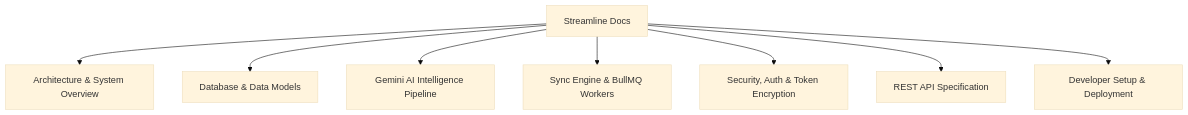
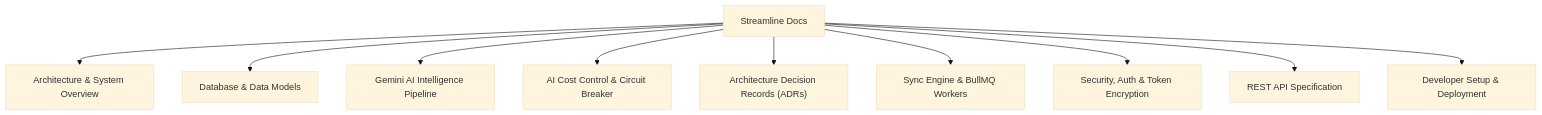
Before and after one commit to PiyushY111/Streamline: the diagram in docs/README.md, drawn with Mermaid (base theme). The commit also changed other lines of this file and 17 other files, not shown here.

Commit message:
feat(ai): add ADR suite, Gemini token & cost tracking, and circuit breaker

````diff
--- a/docs/README.md
+++ b/docs/README.md
@@ -9,10 +9,12 @@
 ```mermaid
 graph TD
     A["Streamline Docs"] --> B["Architecture & System Overview"]
     A --> C["Database & Data Models"]
     A --> D["Gemini AI Intelligence Pipeline"]
-    A --> E["Sync Engine & BullMQ Workers"]
-    A --> F["Security, Auth & Token Encryption"]
-    A --> G["REST API Specification"]
-    A --> H["Developer Setup & Deployment"]
+    A --> E["AI Cost Control & Circuit Breaker"]
+    A --> F["Architecture Decision Records (ADRs)"]
+    A --> G["Sync Engine & BullMQ Workers"]
+    A --> H["Security, Auth & Token Encryption"]
+    A --> I["REST API Specification"]
+    A --> J["Developer Setup & Deployment"]
 ```
````
